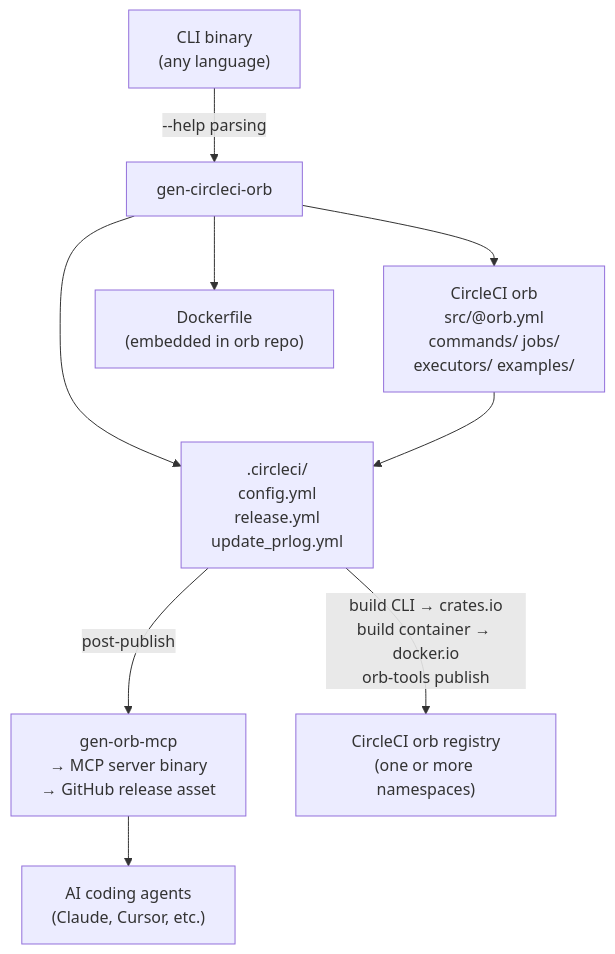
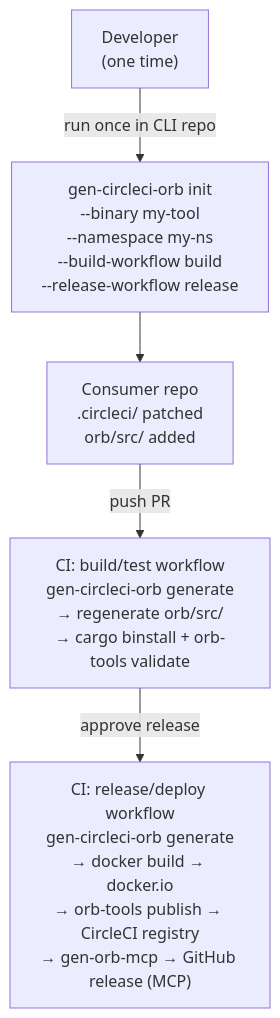
One commit to jerus-org/gen-circleci-orb changed the first of 3 diagrams in docs/design.md. Above: the diagram before and after it, drawn with Mermaid. The commit also changed other lines of this file, not shown here.

First line of the commit message:
docs: incorporate review feedback — init command and user workflow

````diff
--- a/docs/design.md
+++ b/docs/design.md
@@ -60,21 +71,13 @@
 ```mermaid
 flowchart TD
-    CLI["CLI binary\n(any language)"]
-    GCO["gen-circleci-orb"]
-    ORB["CircleCI orb\nsrc/@orb.yml\ncommands/ jobs/\nexecutors/ examples/"]
-    DOCKER["Dockerfile\n(embedded in orb repo)"]
-    ORBCI[".circleci/\nconfig.yml\nrelease.yml\nupdate_prlog.yml"]
-    MCP["gen-orb-mcp\n→ MCP server binary\n→ GitHub release asset"]
-    REGISTRY["CircleCI orb registry\n(one or more namespaces)"]
-    AGENTS["AI coding agents\n(Claude, Cursor, etc.)"]
+    DEV["Developer\n(one time)"]
+    INIT["gen-circleci-orb init\n--binary my-tool\n--namespace my-ns\n--build-workflow build\n--release-workflow release"]
+    REPO["Consumer repo\n.circleci/ patched\norb/src/ added"]
+    CI_BUILD["CI: build/test workflow\ngen-circleci-orb generate\n→ regenerate orb/src/\n→ cargo binstall + orb-tools validate"]
+    CI_RELEASE["CI: release/deploy workflow\ngen-circleci-orb generate\n→ docker build → docker.io\n→ orb-tools publish → CircleCI registry\n→ gen-orb-mcp → GitHub release (MCP)"]
 
-    CLI -->|"--help parsing"| GCO
-    GCO --> ORB
-    GCO --> DOCKER
-    GCO --> ORBCI
-
-    ORB --> ORBCI
-    ORBCI -->|"build CLI → crates.io\nbuild container → docker.io\norb-tools publish"| REGISTRY
-    ORBCI -->|"post-publish"| MCP
-    MCP --> AGENTS
+    DEV -->|"run once in CLI repo"| INIT
+    INIT --> REPO
+    REPO -->|"push PR"| CI_BUILD
+    CI_BUILD -->|"approve release"| CI_RELEASE
 ```
````
